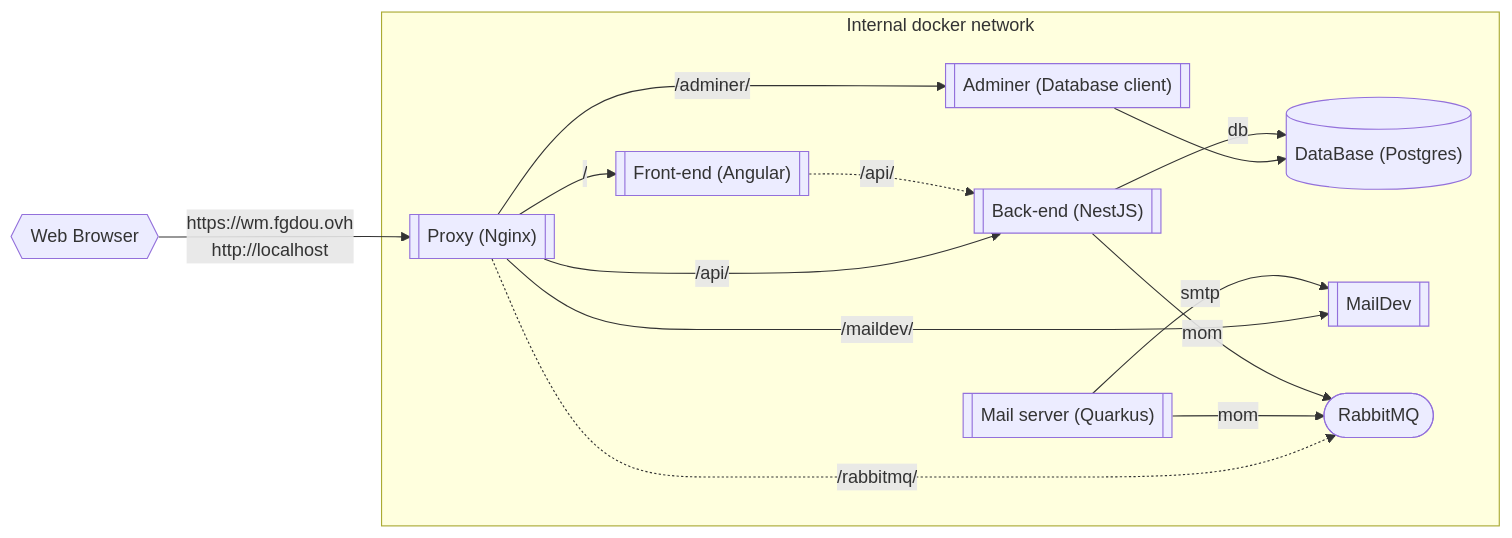
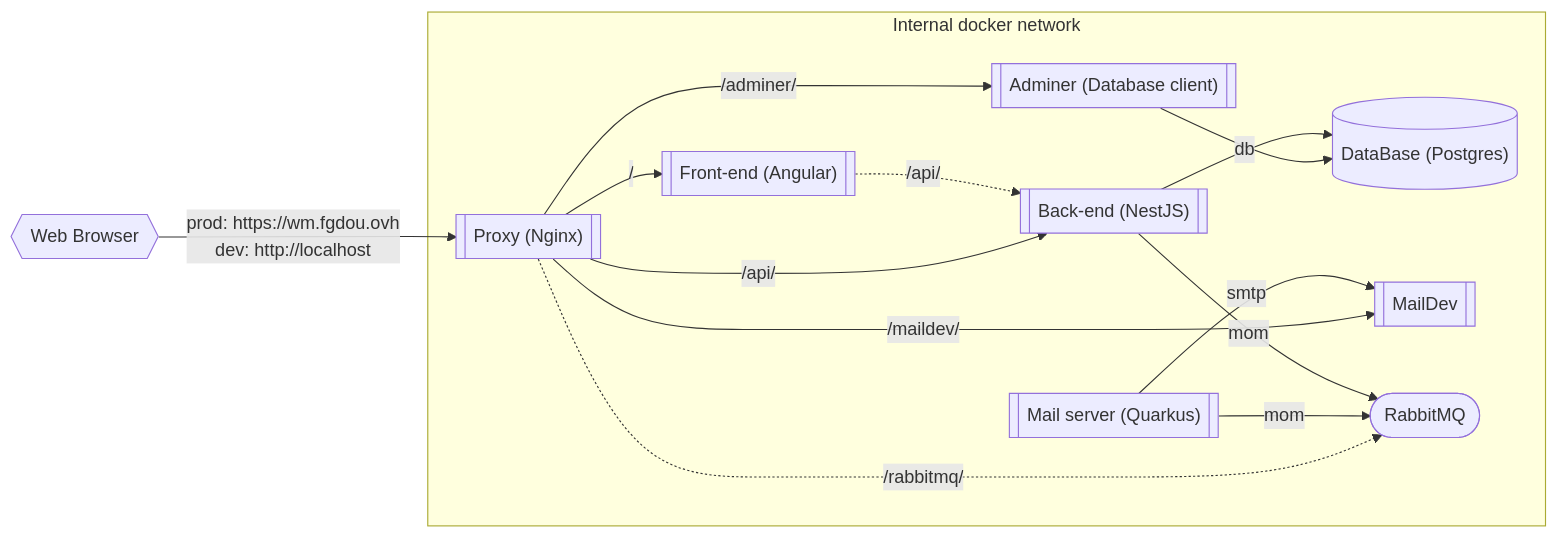
Before and after one commit to CodyAdam/my-admin-panel: the diagram in doc/services.md, drawn with Mermaid. The commit also changed other lines of this file, not shown here.

````diff
--- a/doc/services.md
+++ b/doc/services.md
@@ -2,30 +3,30 @@
 ```mermaid
 flowchart LR
     user{{Web Browser}}
     
     subgraph "Internal docker network"
         db[("DataBase (Postgres)")]
         quarkus[["Mail server (Quarkus)"]]
         maildev[["MailDev"]]
         mom(["RabbitMQ"])
         proxy[["Proxy (Nginx)"]]
         front[["Front-end (Angular)"]]
         back[["Back-end (NestJS)"]]
         adminer[["Adminer (Database client)"]]
     end
     
-    user --> | https://wm.fgdou.ovh \n http://localhost | proxy
+    user --> | prod: https://wm.fgdou.ovh \n dev: http://localhost | proxy
 
     front .-> | /api/ | back
     back --> |db| db
     back --> |mom| mom
     quarkus --> |mom| mom
     quarkus --> |smtp| maildev
     adminer --> db
     
     proxy --> | /api/ | back
     proxy --> | / | front
     proxy .-> | /rabbitmq/ | mom
     proxy --> | /maildev/ | maildev
     proxy --> | /adminer/ | adminer 
 ```
````
